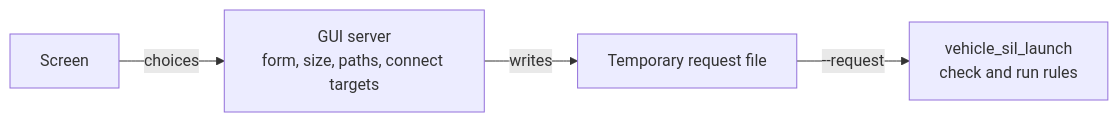
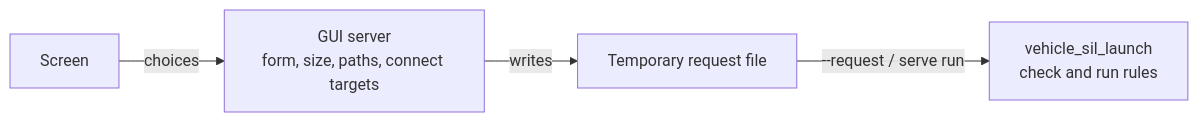
Before and after one commit to rahanahu/vehicle-sil: the fourth of 4 diagrams in docs/architecture.md, drawn with Mermaid. The commit also changed other lines of this file and 21 other files, not shown here.

First line of the commit message:
docs: update architecture, control-api, gui, and code-map for Events v4 and Protocol v4

````diff
--- a/docs/architecture.md
+++ b/docs/architecture.md
@@ -298,6 +299,6 @@
 ```mermaid
 flowchart LR
     screen["Screen"] -->|"choices"| server["GUI server<br>form, size, paths, connect targets"]
     server -->|"writes"| file["Temporary request file"]
-    file -->|"--request"| launcher["vehicle_sil_launch<br>check and run rules"]
+    file -->|"--request / serve run"| launcher["vehicle_sil_launch<br>check and run rules"]
 ```
````
